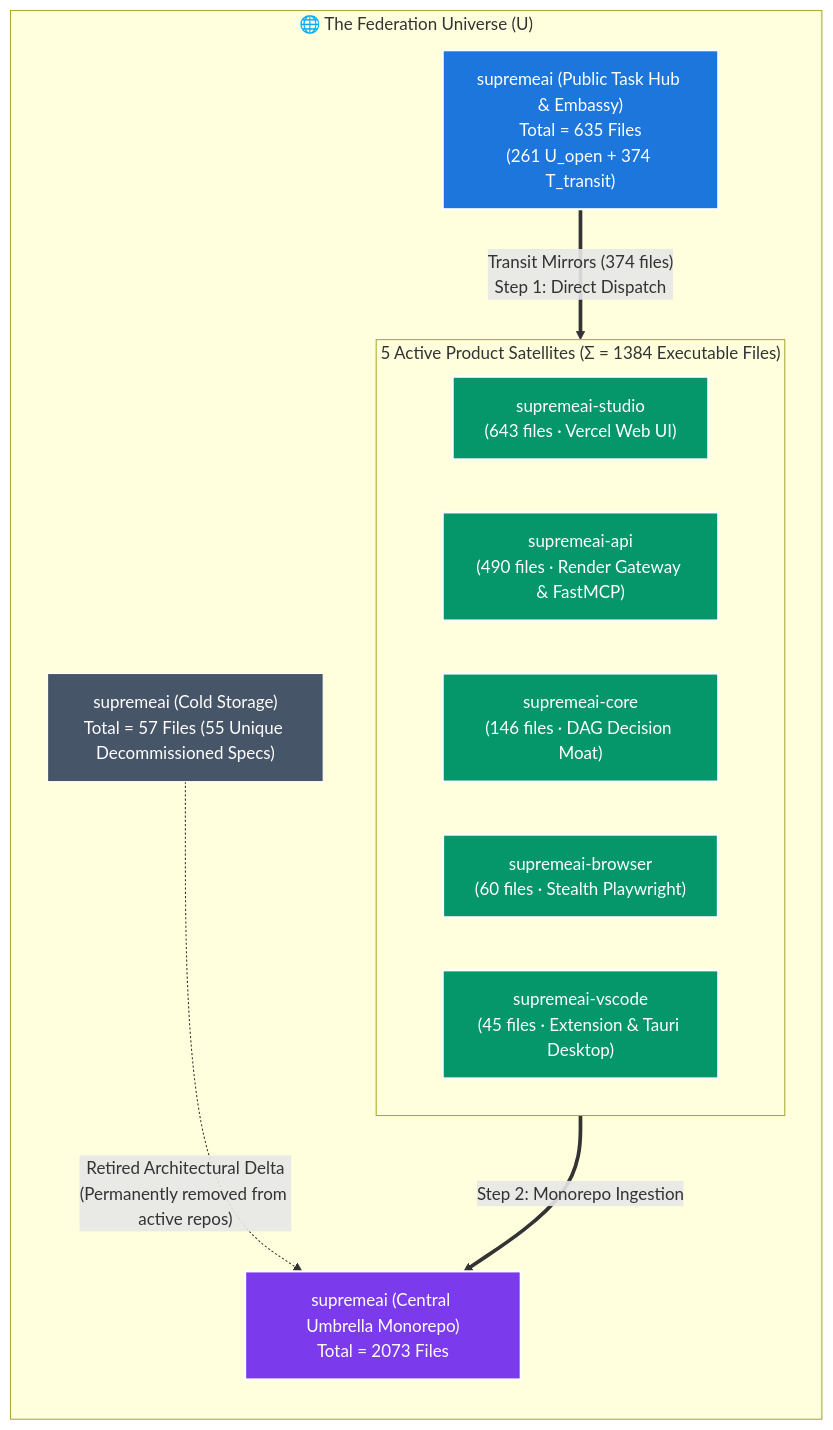
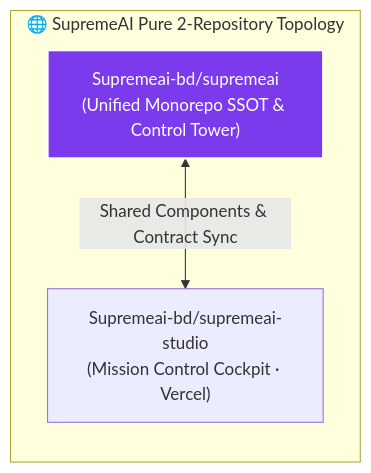
One commit to Supremeai-bd/supremeai changed the first of 3 diagrams in README.md. Above: the diagram before and after it, drawn with Mermaid. The commit also changed other lines of this file and 1 other file, not shown here.

Commit message:
docs: align README and ECOSYSTEM_MAP with Pure 2-Repository Topology (#485)
- Update federation repository tables to reflect Pure 2-Repository Topology (Supremeai-bd/supremeai as Monorepo SSOT and Supremeai-bd/supremeai-studio as Cockpit)
- Archive outdated 8-repo satellite federation diagrams to match AGENTS.md invariant 1

## Reflection Evidence
Why: Prevents developer and AI confusion by eliminating obsolete references to decommissioned satellite repositories and aligns public documentation with the landed unified pipeline architecture.
Alternatives Rejected: Leaving legacy documentation intact while repo topology has moved to 2-repository model.

## 3-Tier Verify
1. Reflection: Aligned directly with AGENTS.md Invariant 1.
2. Smoke: git diff --check verified clean formatting.
3. Tests: pr_preflight_guard passed.

````diff
--- a/README.md
+++ b/README.md
@@ -29,31 +29,19 @@
 ```mermaid
 flowchart TD
-    subgraph FEDERATION_UNIVERSE ["🌐 The Federation Universe (U)"]
+    subgraph FEDERATION_UNIVERSE ["🌐 SupremeAI Pure 2-Repository Topology"]
         direction TB
-        OPEN["supremeai (Public Task Hub & Embassy)<br>Total = 635 Files<br>(261 U_open + 374 T_transit)"]
-        MONO["supremeai (Central Umbrella Monorepo)<br>Total = 2073 Files"]
+        MONO["Supremeai-bd/supremeai<br>(Unified Monorepo SSOT & Control Tower)"]
+        STUDIO["Supremeai-bd/supremeai-studio<br>(Mission Control Cockpit · Vercel)"]
         
-        subgraph ACTIVE_SATS ["5 Active Product Satellites (Σ = 1384 Executable Files)"]
-            S_STUDIO["supremeai-studio<br>(643 files · Vercel Web UI)"]
-            S_API["supremeai-api<br>(490 files · Render Gateway & FastMCP)"]
-            S_CORE["supremeai-core<br>(146 files · DAG Decision Moat)"]
-            S_BROWSER["supremeai-browser<br>(60 files · Stealth Playwright)"]
-            S_VSCODE["supremeai-vscode<br>(45 files · Extension & Tauri Desktop)"]
-        end
-
-        ARCHIVE["supremeai (Cold Storage)<br>Total = 57 Files (55 Unique Decommissioned Specs)"]
+        MONO <-->|"Shared Components & Contract Sync"| STUDIO
     end
-
-    OPEN ==>|"Transit Mirrors (374 files)<br>Step 1: Direct Dispatch"| ACTIVE_SATS
-    ACTIVE_SATS ==>|"Step 2: Monorepo Ingestion"| MONO
-    ARCHIVE -.->|"Retired Architectural Delta<br>(Permanently removed from active repos)"| MONO
 
     classDef open fill:#1d76db,stroke:#fff,stroke-width:2px,color:#fff;
     classDef sats fill:#059669,stroke:#fff,stroke-width:2px,color:#fff;
     classDef mono fill:#7c3aed,stroke:#fff,stroke-width:2px,color:#fff;
     classDef archive fill:#475569,stroke:#fff,stroke-width:1px,color:#fff;
     class OPEN open;
     class S_STUDIO,S_API,S_CORE,S_BROWSER,S_VSCODE sats;
     class MONO mono;
     class ARCHIVE archive;
 ```
````
